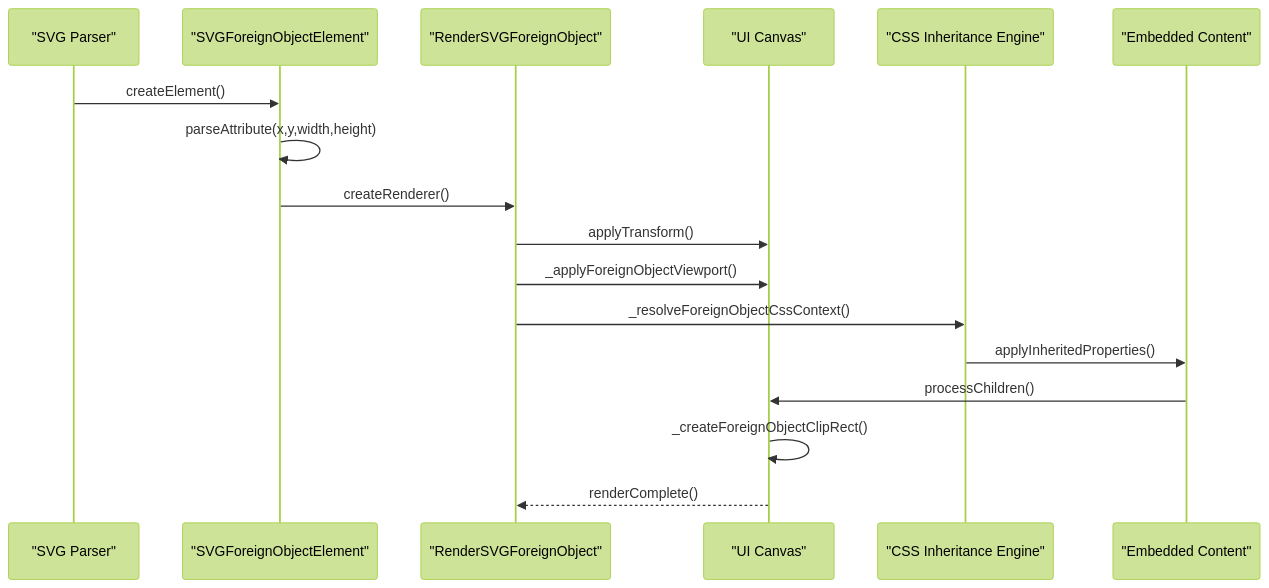
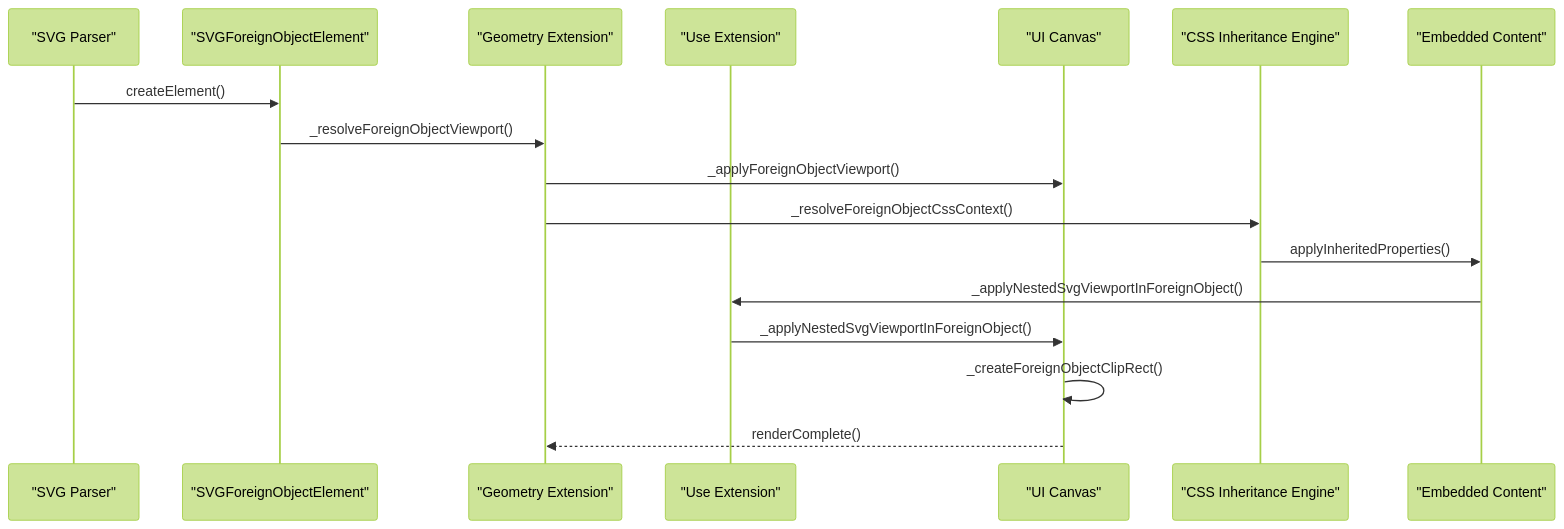
The third of 6 diagrams in .qoder/repowiki/en/content/Advanced Features/ForeignObject Semantics.md (denisnadey/flutter_full_svg_support), drawn with Mermaid (forest theme) before and after one commit. The commit also changed other lines of this file and 25 other files, not shown here.

First line of the commit message:
feat(svg-foreignobject): enhance ForeignObject with advanced CSS inheritance and viewport management

````diff
--- a/.qoder/repowiki/en/content/Advanced Features/ForeignObject Semantics.md
+++ b/.qoder/repowiki/en/content/Advanced Features/ForeignObject Semantics.md
@@ -166,19 +169,19 @@
 ```mermaid
 sequenceDiagram
 participant Parser as "SVG Parser"
 participant FO as "SVGForeignObjectElement"
-participant Renderer as "RenderSVGForeignObject"
+participant GeometryExt as "Geometry Extension"
+participant UseExt as "Use Extension"
 participant Canvas as "UI Canvas"
 participant CSS as "CSS Inheritance Engine"
 participant Content as "Embedded Content"
 Parser->>FO : createElement()
-FO->>FO : parseAttribute(x,y,width,height)
-FO->>Renderer : createRenderer()
-Renderer->>Canvas : applyTransform()
-Renderer->>Canvas : _applyForeignObjectViewport()
-Renderer->>CSS : _resolveForeignObjectCssContext()
+FO->>GeometryExt : _resolveForeignObjectViewport()
+GeometryExt->>Canvas : _applyForeignObjectViewport()
+GeometryExt->>CSS : _resolveForeignObjectCssContext()
 CSS->>Content : applyInheritedProperties()
-Content->>Canvas : processChildren()
+Content->>UseExt : _applyNestedSvgViewportInForeignObject()
+UseExt->>Canvas : _applyNestedSvgViewportInForeignObject()
 Canvas->>Canvas : _createForeignObjectClipRect()
-Canvas-->>Renderer : renderComplete()
+Canvas-->>GeometryExt : renderComplete()
 ```
````
